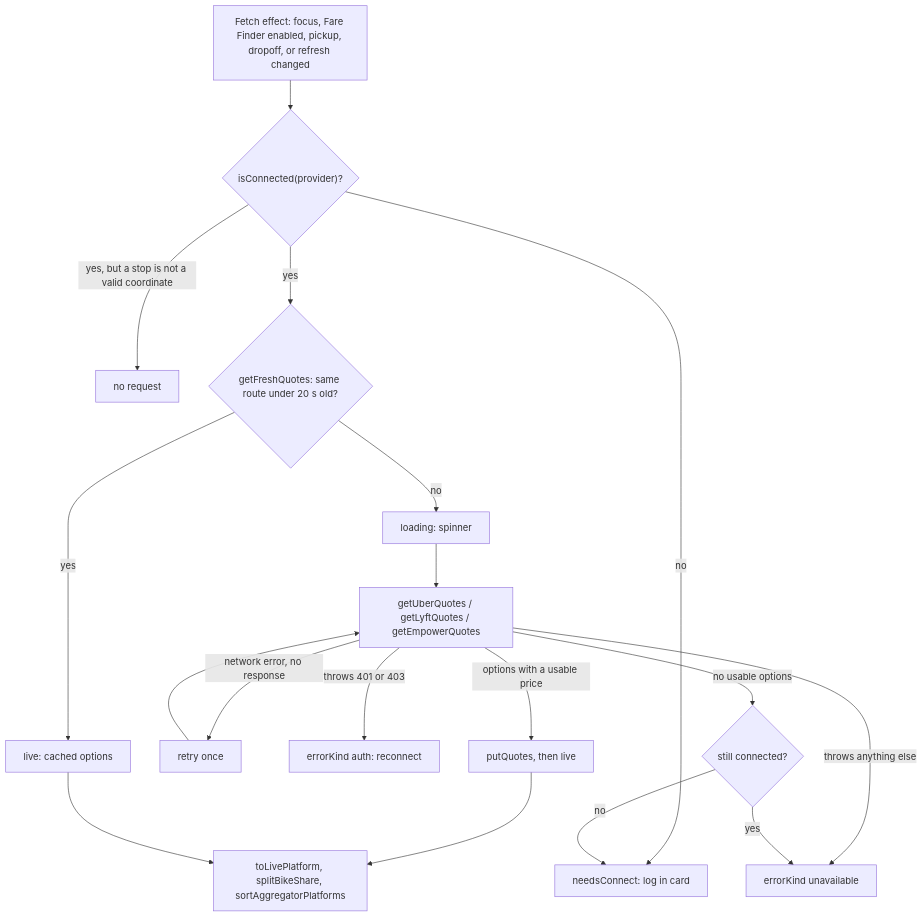
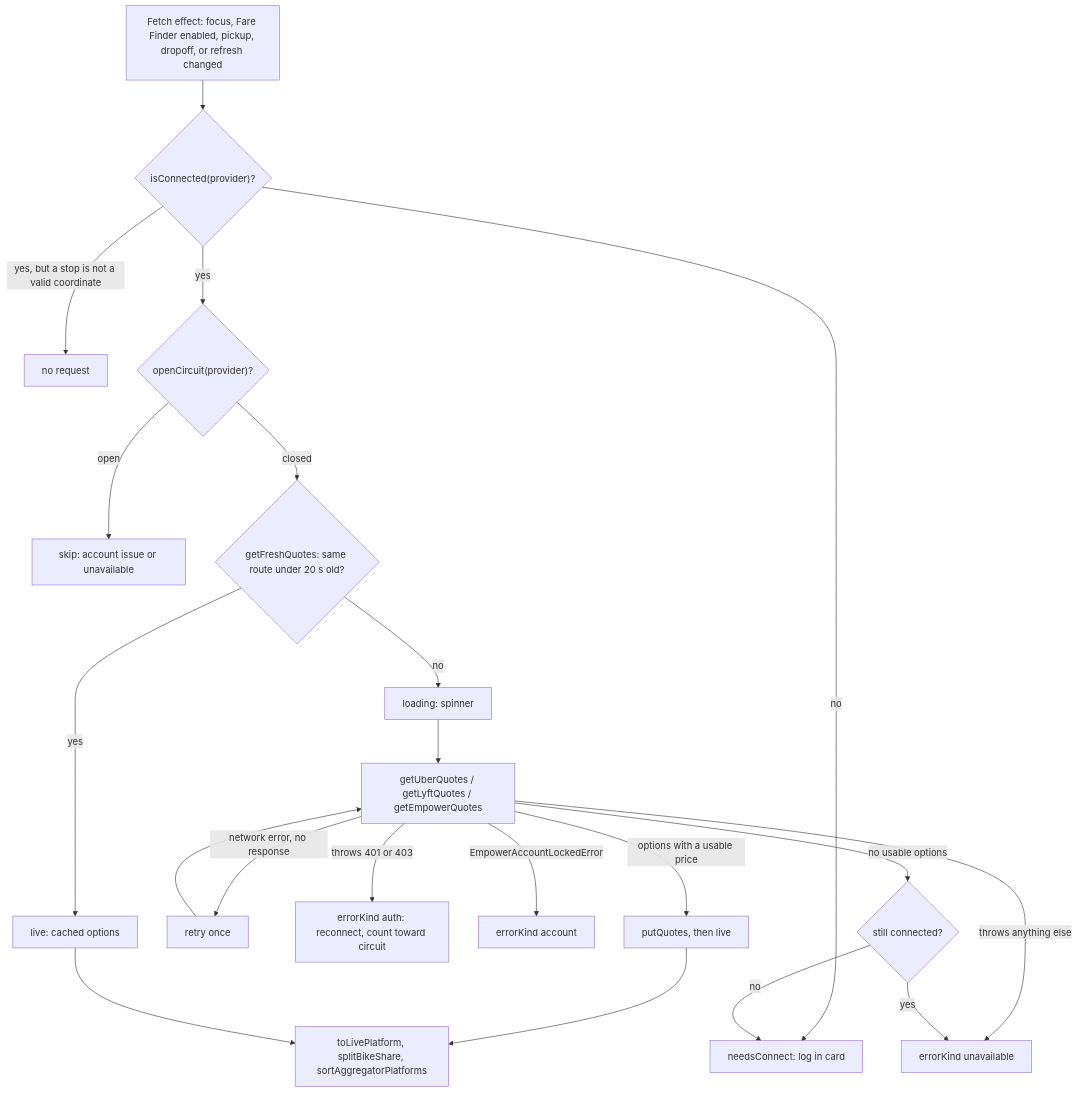
Before and after one commit to rideyelo/docs: the diagram in engineering/mobile/rideshare-aggregator.mdx, drawn with Mermaid. The commit also changed other lines of this file and 2 other files, not shown here.

Commit message:
docs: document Fare Finder Citi Bike opt-in, standard-tier lead, account issues, and circuit breaker

````diff
--- a/engineering/mobile/rideshare-aggregator.mdx
+++ b/engineering/mobile/rideshare-aggregator.mdx
@@ -50,20 +50,23 @@
 ```mermaid
 flowchart TD
   FX["Fetch effect: focus, Fare Finder enabled, pickup, dropoff, or refresh changed"] --> CONN{"isConnected(provider)?"}
   CONN -->|no| LOGIN["needsConnect: log in card"]
   CONN -->|yes, but a stop is not a valid coordinate| WAIT["no request"]
-  CONN -->|yes| CACHE{"getFreshQuotes: same route under 20 s old?"}
+  CONN -->|yes| CIRCUIT{"openCircuit(provider)?"}
+  CIRCUIT -->|open| SKIP["skip: account issue or unavailable"]
+  CIRCUIT -->|closed| CACHE{"getFreshQuotes: same route under 20 s old?"}
   CACHE -->|yes| LIVE["live: cached options"]
   CACHE -->|no| LOAD["loading: spinner"]
   LOAD --> FETCH["getUberQuotes / getLyftQuotes / getEmpowerQuotes"]
   FETCH -->|network error, no response| RETRY["retry once"]
   RETRY --> FETCH
-  FETCH -->|throws 401 or 403| AUTH["errorKind auth: reconnect"]
+  FETCH -->|throws 401 or 403| AUTH["errorKind auth: reconnect, count toward circuit"]
+  FETCH -->|EmpowerAccountLockedError| ACCT["errorKind account"]
   FETCH -->|throws anything else| UNAV["errorKind unavailable"]
   FETCH -->|options with a usable price| PUT["putQuotes, then live"]
   FETCH -->|no usable options| RECHECK{"still connected?"}
   RECHECK -->|yes| UNAV
   RECHECK -->|no| LOGIN
   PUT --> ASSEMBLE["toLivePlatform, splitBikeShare, sortAggregatorPlatforms"]
   LIVE --> ASSEMBLE
 ```
````
